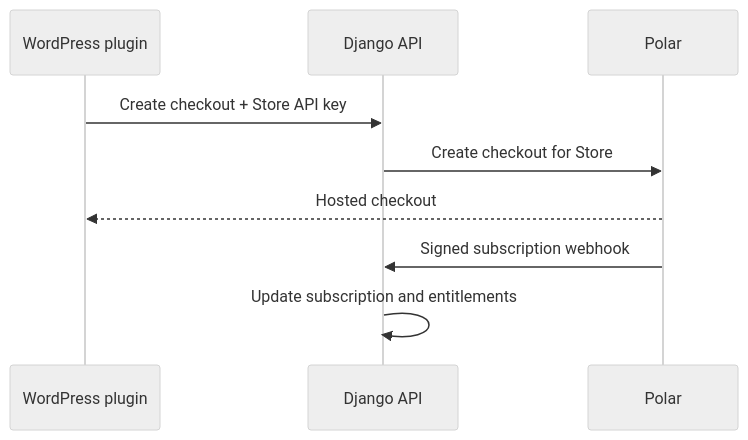
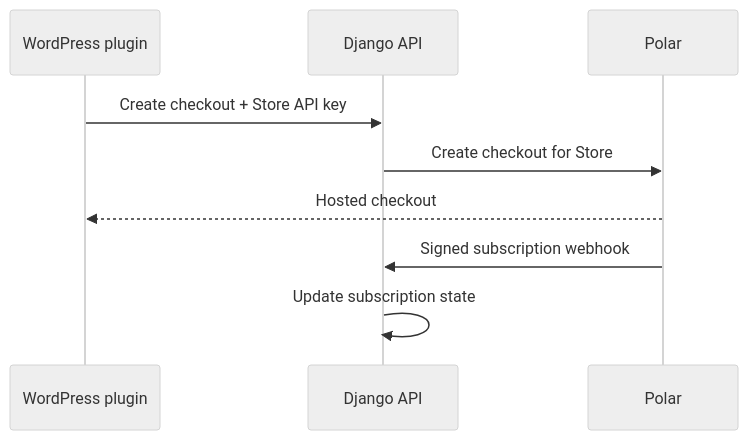
The eighth of 8 diagrams in _docs/architecture.md (aji-pratama/woocs), drawn with Mermaid (neutral theme) before and after one commit. The commit also changed other lines of this file and 19 other files, not shown here.

````diff
--- a/_docs/architecture.md
+++ b/_docs/architecture.md
@@ -444,12 +444,12 @@
 ```mermaid
 sequenceDiagram
     participant Plugin as WordPress plugin
     participant API as Django API
     participant Billing as Polar
 
     Plugin->>API: Create checkout + Store API key
     API->>Billing: Create checkout for Store
     Billing-->>Plugin: Hosted checkout
     Billing->>API: Signed subscription webhook
-    API->>API: Update subscription and entitlements
+    API->>API: Update subscription state
 ```
````
